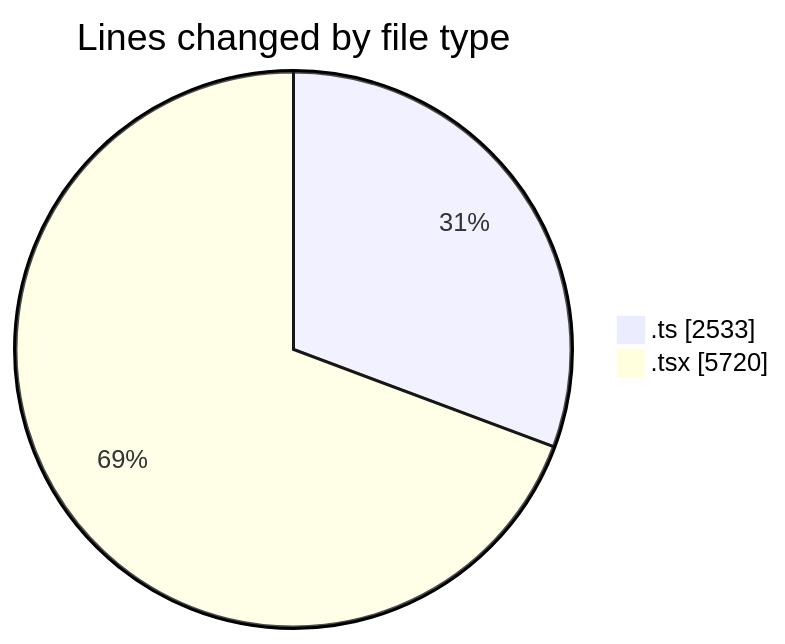
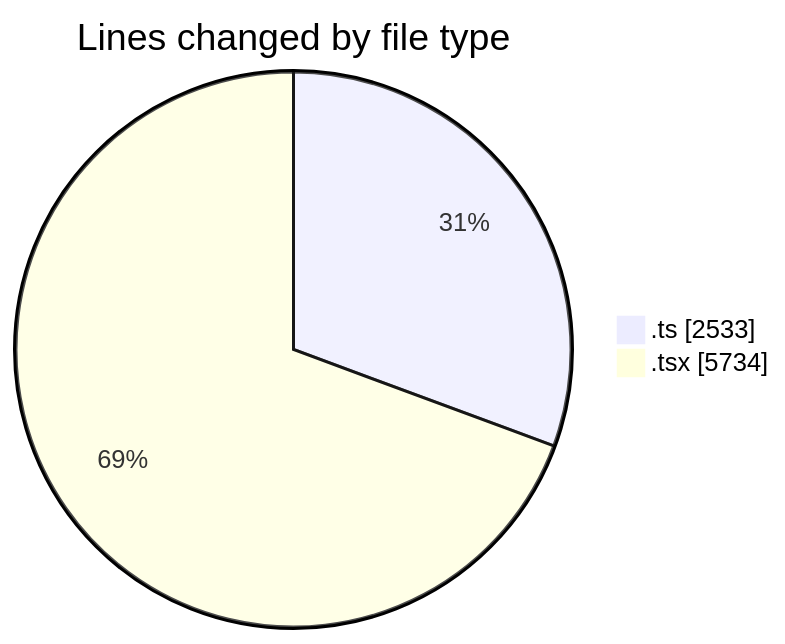
Before and after one commit to momahboobian/code-tracking: the first of 2 diagrams in 2025-07-01/cda/README.md, drawn with Mermaid. The commit also changed other lines of this file and 1 other file, not shown here.

````diff
--- a/2025-07-01/cda/README.md
+++ b/2025-07-01/cda/README.md
@@ -44,6 +44,6 @@
 ```mermaid
 pie showData
 title Lines changed by file type
 ".ts" : 2533
-".tsx" : 5720
+".tsx" : 5734
 ```
````
